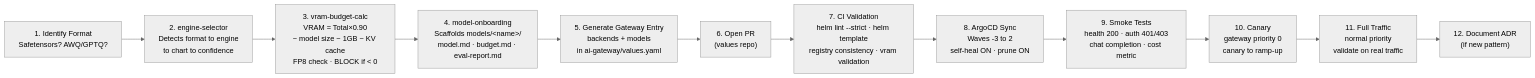
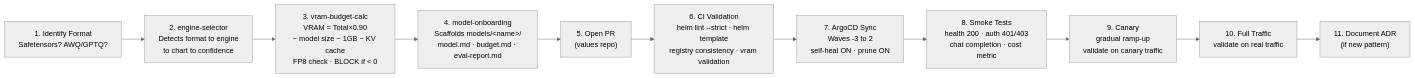
One commit to ADORSYS-GIS/Custom-Ai-Ops changed the fifth of 7 diagrams in README.md. Above: the diagram before and after it, drawn with Mermaid (neutral theme). The commit also changed other lines of this file and 111 other files, not shown here.

````diff
--- a/README.md
+++ b/README.md
@@ -355,18 +296,17 @@
 ```mermaid
 graph LR
     S1["1. Identify Format<br/>Safetensors? AWQ/GPTQ?"]
     S2["2. engine-selector<br/>Detects format to engine<br/>to chart to confidence"]
     S3["3. vram-budget-calc<br/>VRAM = Total×0.90<br/>− model size − 1GB − KV cache<br/>FP8 check · BLOCK if &lt; 0"]
     S4["4. model-onboarding<br/>Scaffolds models/&lt;name&gt;/<br/>model.md · budget.md · eval-report.md"]
-    S5["5. Generate Gateway Entry<br/>backends + models<br/>in ai-gateway/values.yaml"]
-    S6["6. Open PR<br/>(values repo)"]
-    S7["7. CI Validation<br/>helm lint --strict · helm template<br/>registry consistency · vram validation"]
-    S8["8. ArgoCD Sync<br/>Waves -3 to 2<br/>self-heal ON · prune ON"]
-    S9["9. Smoke Tests<br/>health 200 · auth 401/403<br/>chat completion · cost metric"]
-    S10["10. Canary<br/>gateway priority 0<br/>canary to ramp-up"]
-    S11["11. Full Traffic<br/>normal priority<br/>validate on real traffic"]
-    S12["12. Document ADR<br/>(if new pattern)"]
+    S5["5. Open PR<br/>(values repo)"]
+    S6["6. CI Validation<br/>helm lint --strict · helm template<br/>registry consistency · vram validation"]
+    S7["7. ArgoCD Sync<br/>Waves -3 to 2<br/>self-heal ON · prune ON"]
+    S8["8. Smoke Tests<br/>health 200 · auth 401/403<br/>chat completion · cost metric"]
+    S9["9. Canary<br/>gradual ramp-up<br/>validate on canary traffic"]
+    S10["10. Full Traffic<br/>validate on real traffic"]
+    S11["11. Document ADR<br/>(if new pattern)"]
 
-    S1 --> S2 --> S3 --> S4 --> S5 --> S6
-    S6 --> S7 --> S8 --> S9 --> S10 --> S11 --> S12
+    S1 --> S2 --> S3 --> S4 --> S5
+    S5 --> S6 --> S7 --> S8 --> S9 --> S10 --> S11
 ```
````
